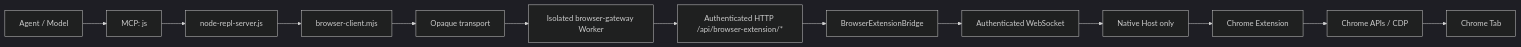
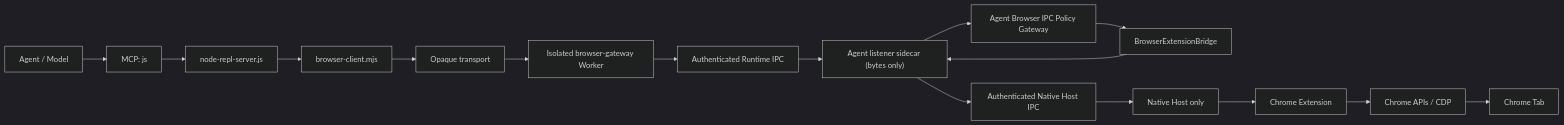
The first of 4 diagrams in docs/anybox-chrome-codex-gap-analysis-and-roadmap.md (fanfan-de/anybox), drawn with Mermaid (dark theme) before and after one commit. The commit also changed other lines of this file and 46 other files, not shown here.

````diff
--- a/docs/anybox-chrome-codex-gap-analysis-and-roadmap.md
+++ b/docs/anybox-chrome-codex-gap-analysis-and-roadmap.md
@@ -287,15 +296,18 @@
 ```mermaid
 flowchart LR
     M["Agent / Model"] --> J["MCP: js"]
     J --> R["node-repl-server.js"]
     R --> C["browser-client.mjs"]
     C --> I["Opaque transport"]
     I --> W0["Isolated browser-gateway Worker"]
-    W0 --> H["Authenticated HTTP /api/browser-extension/*"]
-    H --> B["BrowserExtensionBridge"]
-    B --> W["Authenticated WebSocket"]
-    W --> N["Native Host only"]
+    W0 --> RP["Authenticated Runtime IPC"]
+    RP --> L["Agent listener sidecar (bytes only)"]
+    L --> G["Agent Browser IPC Policy Gateway"]
+    G --> B["BrowserExtensionBridge"]
+    B --> L
+    L --> NP["Authenticated Native Host IPC"]
+    NP --> N["Native Host only"]
     N --> E["Chrome Extension"]
     E --> P["Chrome APIs / CDP"]
     P --> T["Chrome Tab"]
 ```
````
